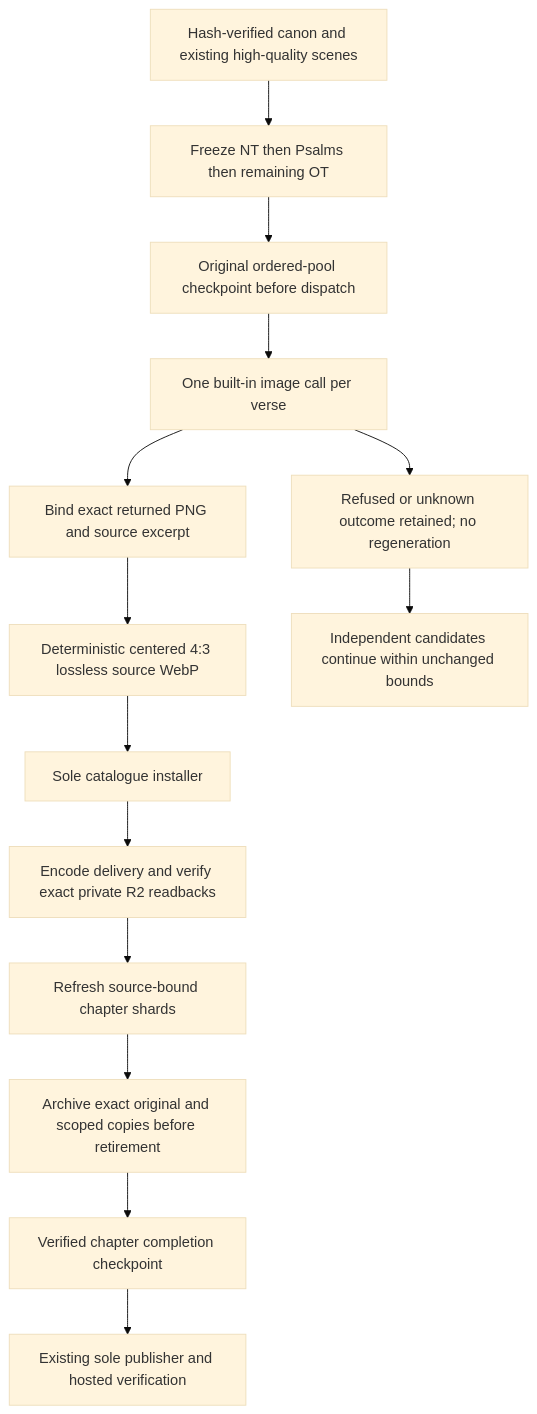
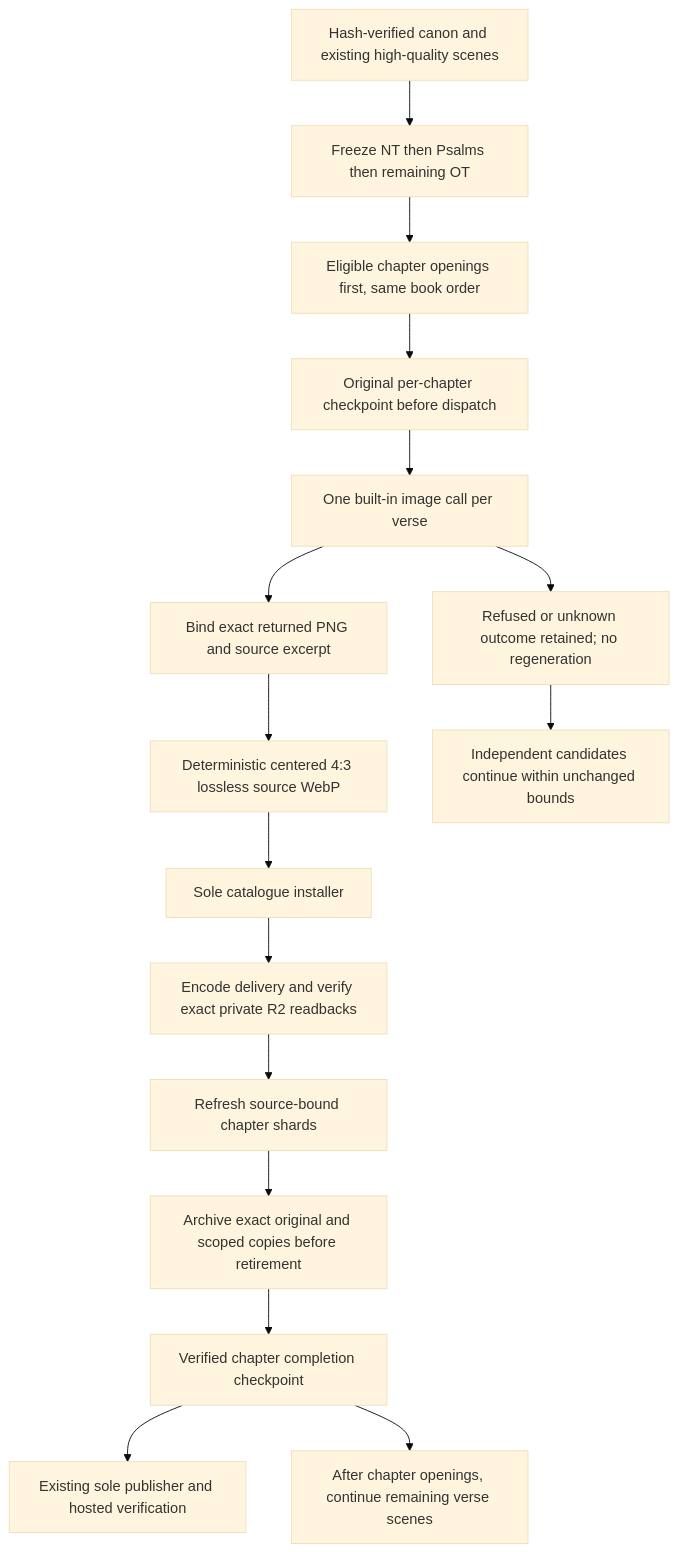
One commit to loveJesus/visual-biblical-language-reader-chirho changed the diagram in spec-chirho/workflows-chirho/scene-upgrades-chirho.md. Above: the diagram before and after it, drawn with Mermaid (base theme). The commit also changed other lines of this file and 411 other files, not shown here.

First line of the commit message:
Add high-quality book openings and integrated chapter-first scenes

````diff
--- a/spec-chirho/workflows-chirho/scene-upgrades-chirho.md
+++ b/spec-chirho/workflows-chirho/scene-upgrades-chirho.md
@@ -7,16 +7,18 @@
 ```mermaid
 flowchart TD
   source_chirho[Hash-verified canon and existing high-quality scenes] --> inventory_chirho[Freeze NT then Psalms then remaining OT]
-  inventory_chirho --> reserve_chirho[Original ordered-pool checkpoint before dispatch]
+  inventory_chirho --> priority_chirho[Eligible chapter openings first, same book order]
+  priority_chirho --> reserve_chirho[Original per-chapter checkpoint before dispatch]
   reserve_chirho --> artist_chirho[One built-in image call per verse]
   artist_chirho --> original_chirho[Bind exact returned PNG and source excerpt]
   artist_chirho --> hold_chirho[Refused or unknown outcome retained; no regeneration]
   original_chirho --> convert_chirho[Deterministic centered 4:3 lossless source WebP]
   convert_chirho --> install_chirho[Sole catalogue installer]
   install_chirho --> archive_chirho[Encode delivery and verify exact private R2 readbacks]
   archive_chirho --> shards_chirho[Refresh source-bound chapter shards]
   shards_chirho --> retire_chirho[Archive exact original and scoped copies before retirement]
   retire_chirho --> checkpoint_chirho[Verified chapter completion checkpoint]
   checkpoint_chirho --> publisher_chirho[Existing sole publisher and hosted verification]
+  checkpoint_chirho --> remaining_chirho[After chapter openings, continue remaining verse scenes]
   hold_chirho --> next_chirho[Independent candidates continue within unchanged bounds]
 ```
````
